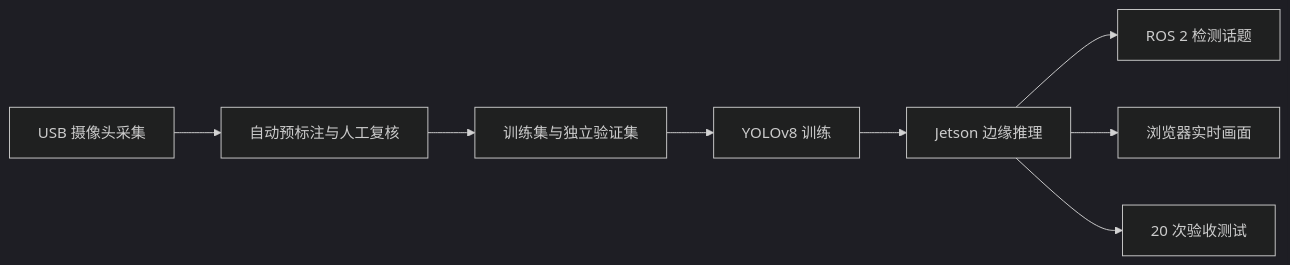
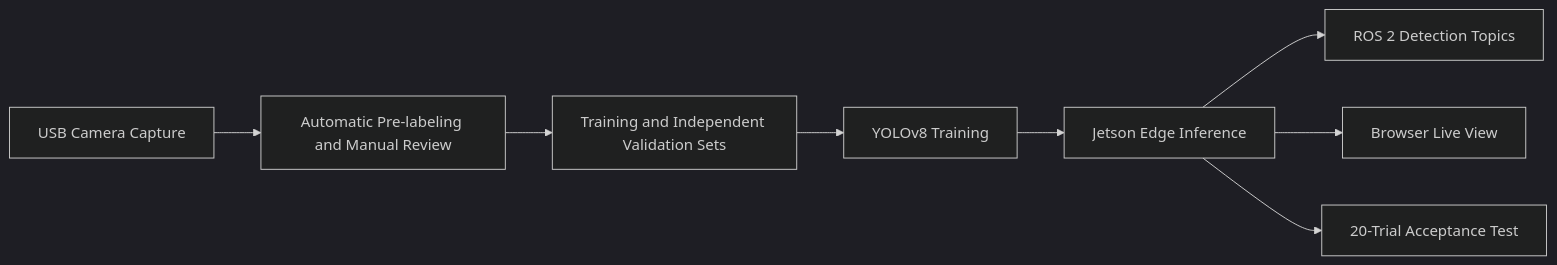
The diagram in README.md (dc4008-rgb/robot-integration-project), drawn with Mermaid (dark theme) before and after one commit. The commit also changed other lines of this file and 19 other files, not shown here.

````diff
--- a/README.md
+++ b/README.md
@@ -12,10 +11,10 @@
 ```mermaid
 flowchart LR
-	A[USB 摄像头采集] --> B[自动预标注与人工复核]
-	B --> C[训练集与独立验证集]
-	C --> D[YOLOv8 训练]
-	D --> E[Jetson 边缘推理]
-	E --> F[ROS 2 检测话题]
-	E --> G[浏览器实时画面]
-	E --> H[20 次验收测试]
+    A[USB Camera Capture] --> B[Automatic Pre-labeling and Manual Review]
+    B --> C[Training and Independent Validation Sets]
+    C --> D[YOLOv8 Training]
+    D --> E[Jetson Edge Inference]
+    E --> F[ROS 2 Detection Topics]
+    E --> G[Browser Live View]
+    E --> H[20-Trial Acceptance Test]
 ```
````
